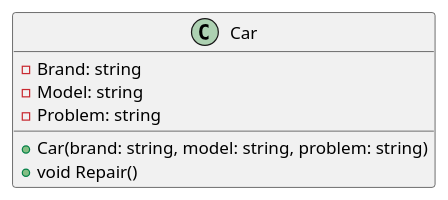
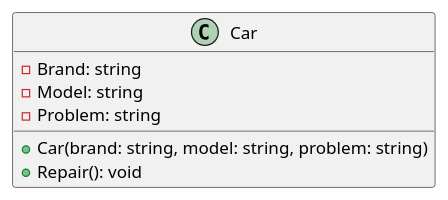
Before and after one commit to NickolayMamonov/SOLID: the diagram in SOLID/classDiagram.puml, drawn with PlantUML.

Commit message:
upd violation diagram

```diff
--- a/SOLID/classDiagram.puml
+++ b/SOLID/classDiagram.puml
@@ -1,10 +1,10 @@
 @startuml
 class Car{
  -Brand: string
  -Model: string
  -Problem: string
  
  +Car(brand: string, model: string, problem: string)
- +void Repair()
+ +Repair(): void
 }
 @enduml
```
